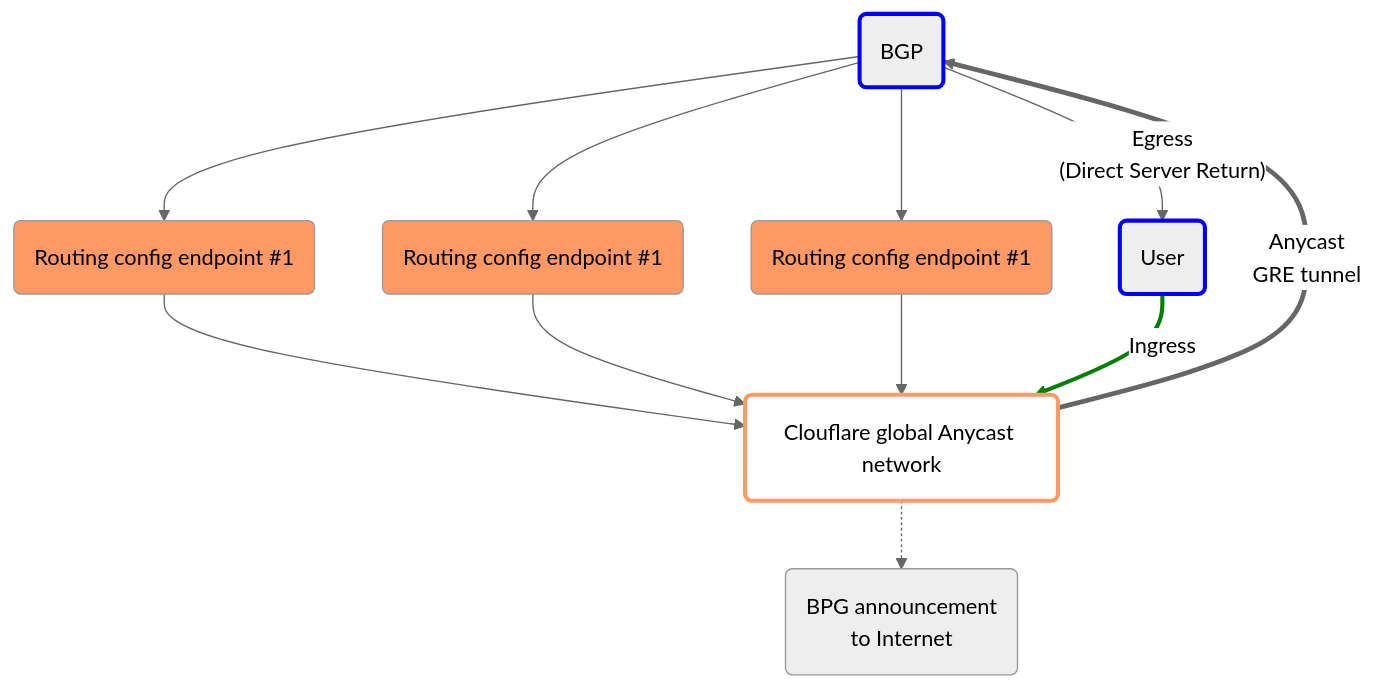
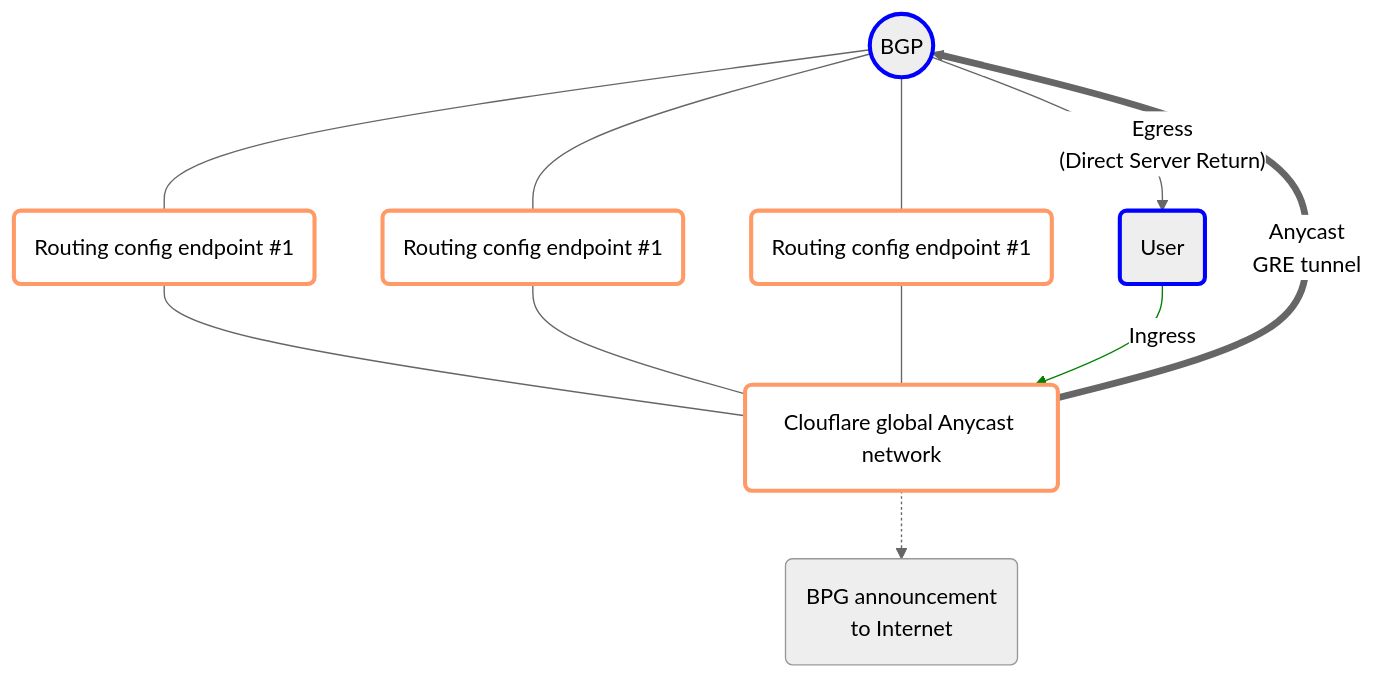
Before and after one commit to cloudflare/cloudflare-docs: the diagram in content/magic-transit/how-to/advertise-prefixes.md, drawn with Mermaid (neutral theme).

Commit message:
corrected arrows

````diff
--- a/content/magic-transit/how-to/advertise-prefixes.md
+++ b/content/magic-transit/how-to/advertise-prefixes.md
@@ -78,16 +78,16 @@
 ```mermaid
 flowchart TB
 accTitle: Border Gateway Control advertisements
 accDescr: Use BGP to control the status of your prefix.
-c(BGP) --> d("Routing config endpoint #1") & e("Routing config endpoint #1") & f("Routing config endpoint #1") --> b(Clouflare global Anycast network)
-a(User)-- Ingress -->b(Clouflare global Anycast network) == Anycast <br> GRE tunnel ==> c(BGP)
-c(BGP)-- "Egress <br> (Direct Server Return)" -->a(User)
+c((BGP)) --- d("Routing config endpoint #1") & e("Routing config endpoint #1") & f("Routing config endpoint #1") --- b(Clouflare global Anycast network)
+a(User)-- Ingress -->b(Clouflare global Anycast network) == Anycast <br> GRE tunnel ==> c((BGP))
+c((BGP))-- "Egress <br> (Direct Server Return)" -->a(User)
 b(Clouflare global Anycast network)-.->z(BPG announcement <br> to Internet)
-classDef orangefill fill:#f96
 classDef orangestroke fill:white,stroke:#f96,stroke-width:3px
 classDef blue stroke:blue,stroke-width:3px
-linkStyle 6 stroke:green,stroke-width:3px
-class d,e,f orangefill
+linkStyle 6 stroke:green
+linkStyle 7 stroke-width:5px
+class d,e,f orangestroke
 class a,c blue
 class b orangestroke
 ```
````
